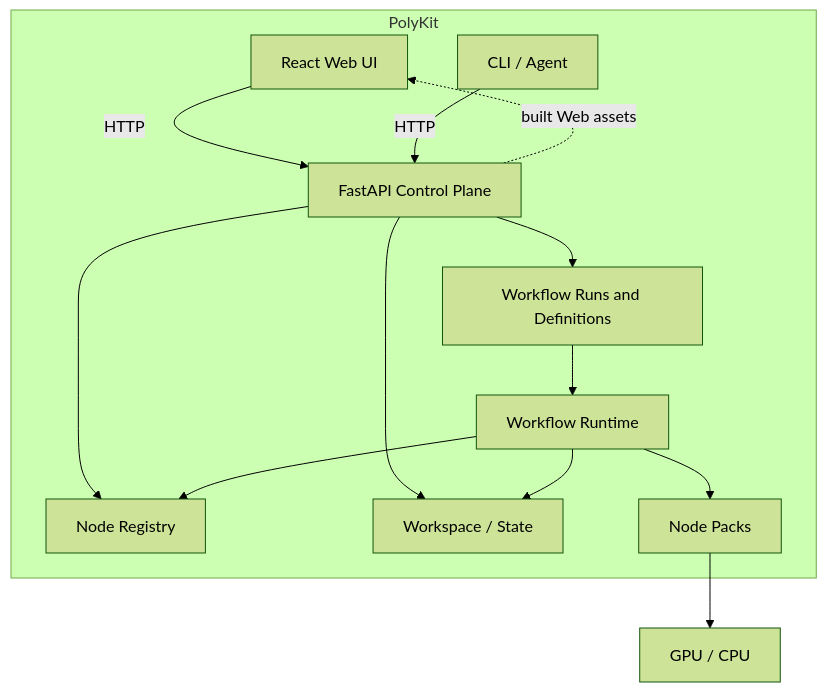
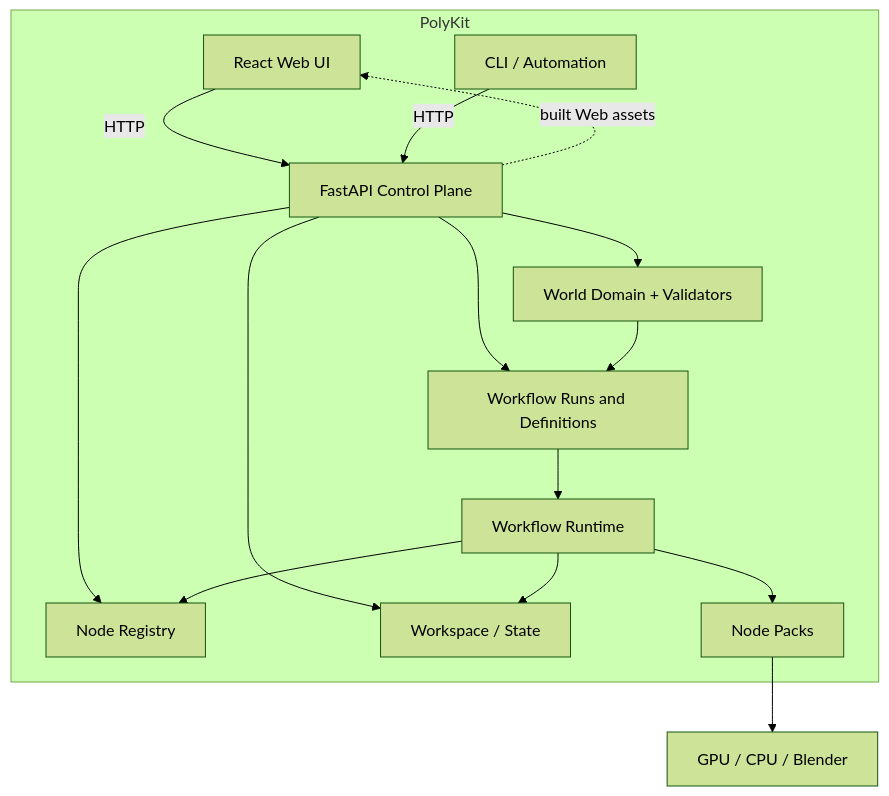
Before and after one commit to mousebar01/PolyKit: the second of 6 diagrams in docs/architecture.md, drawn with Mermaid (forest theme). The commit also changed other lines of this file, not shown here.

Commit message:
docs: align architecture with agent-free runtime

````diff
--- a/docs/architecture.md
+++ b/docs/architecture.md
@@ -29,25 +25,28 @@
 ```mermaid
 flowchart TB
     subgraph PolyKit[PolyKit]
         Web[React Web UI]
-        CLI[CLI / Agent]
+        CLI[CLI / Automation]
         API[FastAPI Control Plane]
+        Worlds[World Domain + Validators]
         Runs[Workflow Runs and Definitions]
         Runtime[Workflow Runtime]
         Registry[Node Registry]
         Workspace[Workspace / State]
         Packs[Node Packs]
     end
 
     Web -->|HTTP| API
     CLI -->|HTTP| API
+    API --> Worlds
     API --> Runs
     API --> Registry
     API --> Workspace
+    Worlds --> Runs
     Runs --> Runtime
     Runtime --> Registry
     Runtime --> Packs
     Runtime --> Workspace
-    Packs --> Compute[GPU / CPU]
+    Packs --> Compute[GPU / CPU / Blender]
     API -. built Web assets .-> Web
 ```
````
